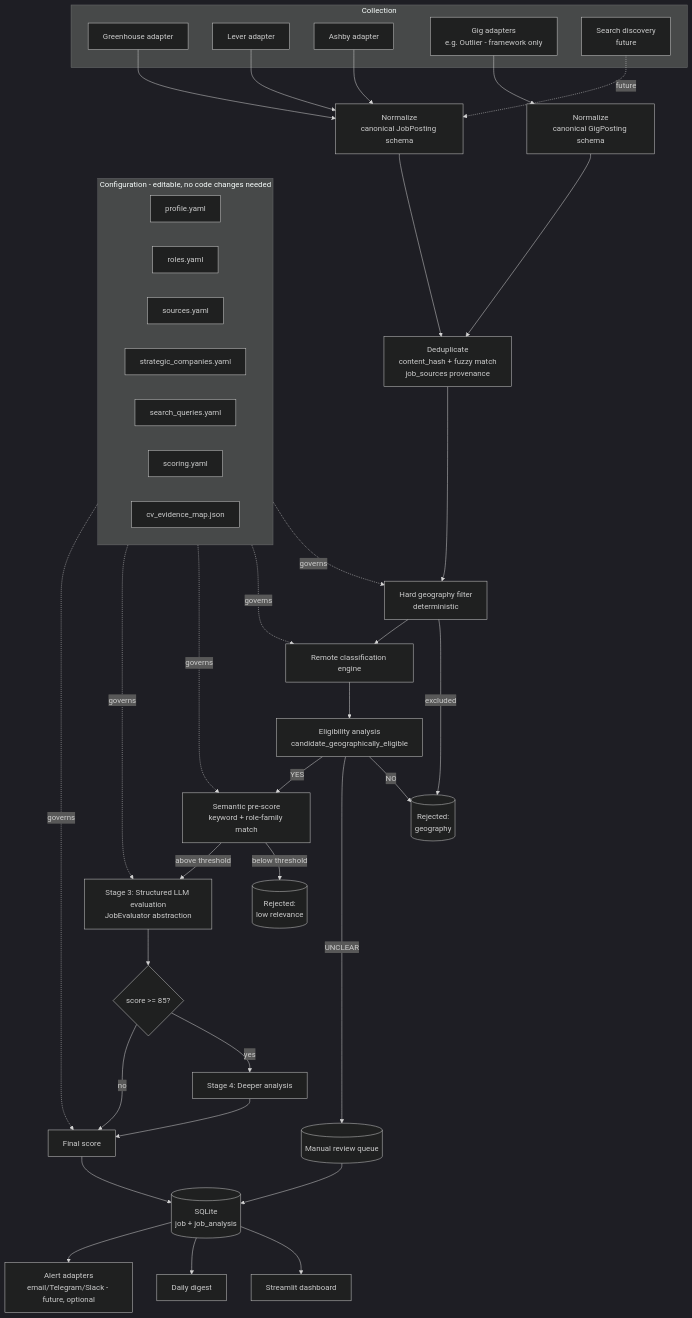
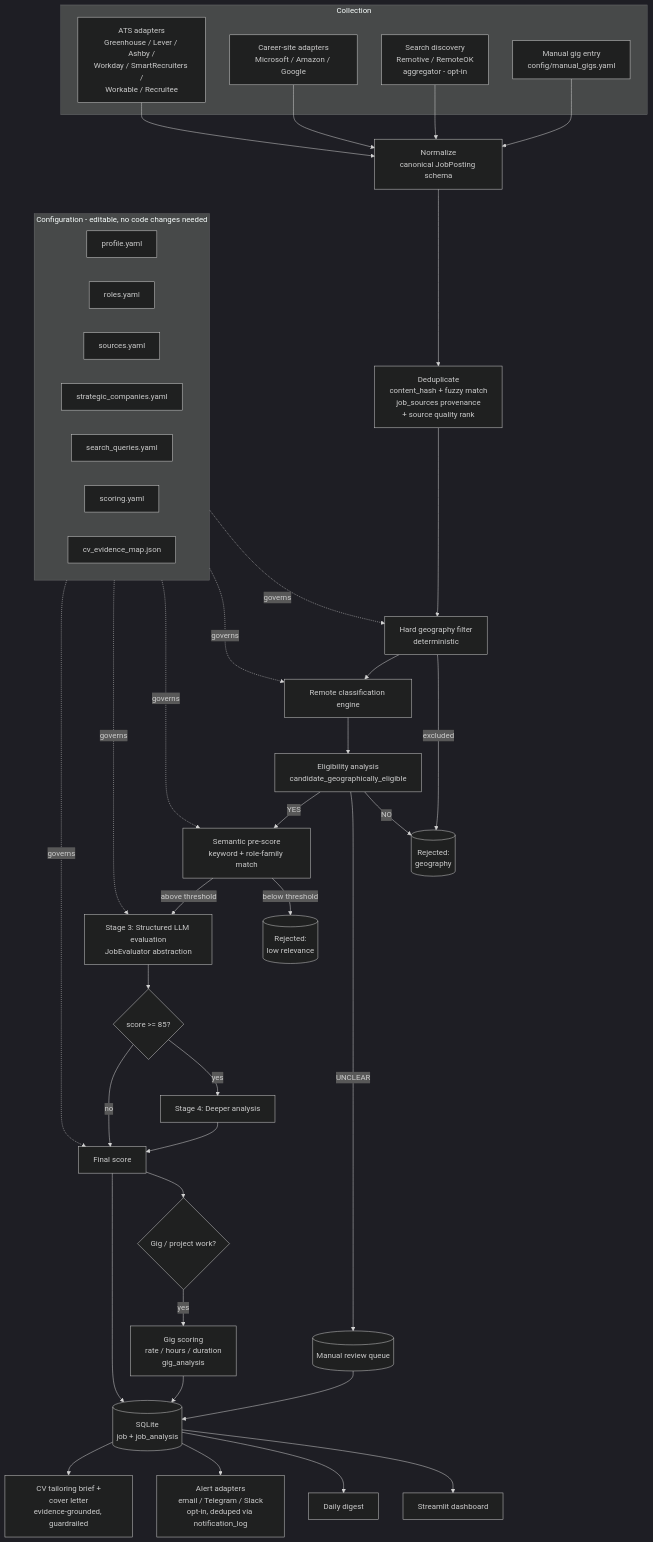
The diagram in ARCHITECTURE.md (HeisBack-max/jobber), drawn with Mermaid (dark theme) before and after one commit. The commit also changed other lines of this file and 48 other files, not shown here.

````diff
--- a/ARCHITECTURE.md
+++ b/ARCHITECTURE.md
@@ -16,57 +16,58 @@
 ```mermaid
 flowchart TD
     subgraph Collection
-        A1[Greenhouse adapter]
-        A2[Lever adapter]
-        A3[Ashby adapter]
-        A4[Gig adapters<br/>e.g. Outlier - framework only]
-        A5[Search discovery<br/>future]
+        A1[ATS adapters<br/>Greenhouse / Lever / Ashby /<br/>Workday / SmartRecruiters /<br/>Workable / Recruitee]
+        A2[Career-site adapters<br/>Microsoft / Amazon / Google]
+        A3[Search discovery<br/>Remotive / RemoteOK<br/>aggregator - opt-in]
+        A4[Manual gig entry<br/>config/manual_gigs.yaml]
     end
 
     A1 --> N[Normalize<br/>canonical JobPosting schema]
     A2 --> N
     A3 --> N
-    A4 --> G[Normalize<br/>canonical GigPosting schema]
-    A5 -.future.-> N
+    A4 --> N
 
-    N --> D[Deduplicate<br/>content_hash + fuzzy match<br/>job_sources provenance]
-    G --> D
+    N --> D[Deduplicate<br/>content_hash + fuzzy match<br/>job_sources provenance<br/>+ source quality rank]
 
     D --> HF[Hard geography filter<br/>deterministic]
     HF -->|excluded| REJ1[(Rejected:<br/>geography)]
     HF --> RC[Remote classification engine]
     RC --> EL[Eligibility analysis<br/>candidate_geographically_eligible]
     EL -->|NO| REJ1
     EL -->|UNCLEAR| MRQ[(Manual review queue)]
     EL -->|YES| SP[Semantic pre-score<br/>keyword + role-family match]
 
     SP -->|below threshold| REJ2[(Rejected:<br/>low relevance)]
     SP -->|above threshold| LLM[Stage 3: Structured LLM evaluation<br/>JobEvaluator abstraction]
+    FS --> GC{Gig / project work?}
+    GC -->|yes| GS[Gig scoring<br/>rate / hours / duration<br/>gig_analysis]
+    GS --> STORE
     LLM --> DEEP{score >= 85?}
     DEEP -->|yes| DA[Stage 4: Deeper analysis]
     DEEP -->|no| FS[Final score]
     DA --> FS
 
     FS --> STORE[(SQLite<br/>job + job_analysis)]
     MRQ --> STORE
 
     STORE --> DASH[Streamlit dashboard]
     STORE --> DIGEST[Daily digest]
-    STORE --> ALERT[Alert adapters<br/>email/Telegram/Slack - future, optional]
+    STORE --> ALERT[Alert adapters<br/>email / Telegram / Slack<br/>opt-in, deduped via notification_log]
+    STORE --> TAILOR[CV tailoring brief +<br/>cover letter<br/>evidence-grounded, guardrailed]
 
     subgraph Config[Configuration - editable, no code changes needed]
         C1[profile.yaml]
         C2[roles.yaml]
         C3[sources.yaml]
         C4[strategic_companies.yaml]
         C5[search_queries.yaml]
         C6[scoring.yaml]
         C7[cv_evidence_map.json]
     end
 
     Config -.governs.-> HF
     Config -.governs.-> RC
     Config -.governs.-> SP
     Config -.governs.-> LLM
     Config -.governs.-> FS
 ```
````
